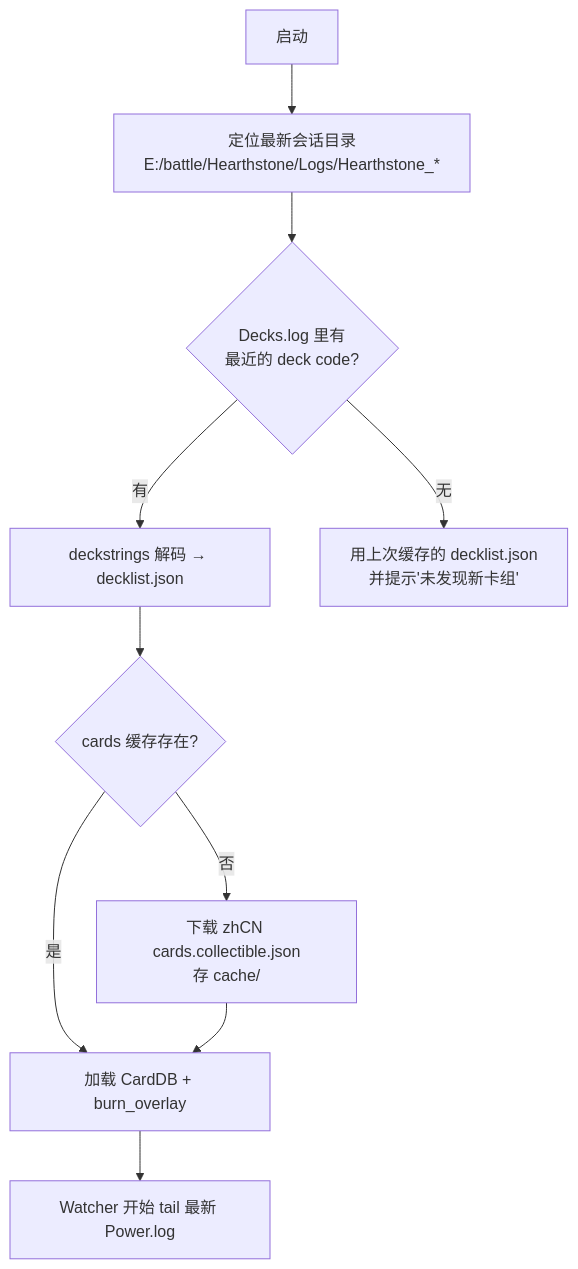
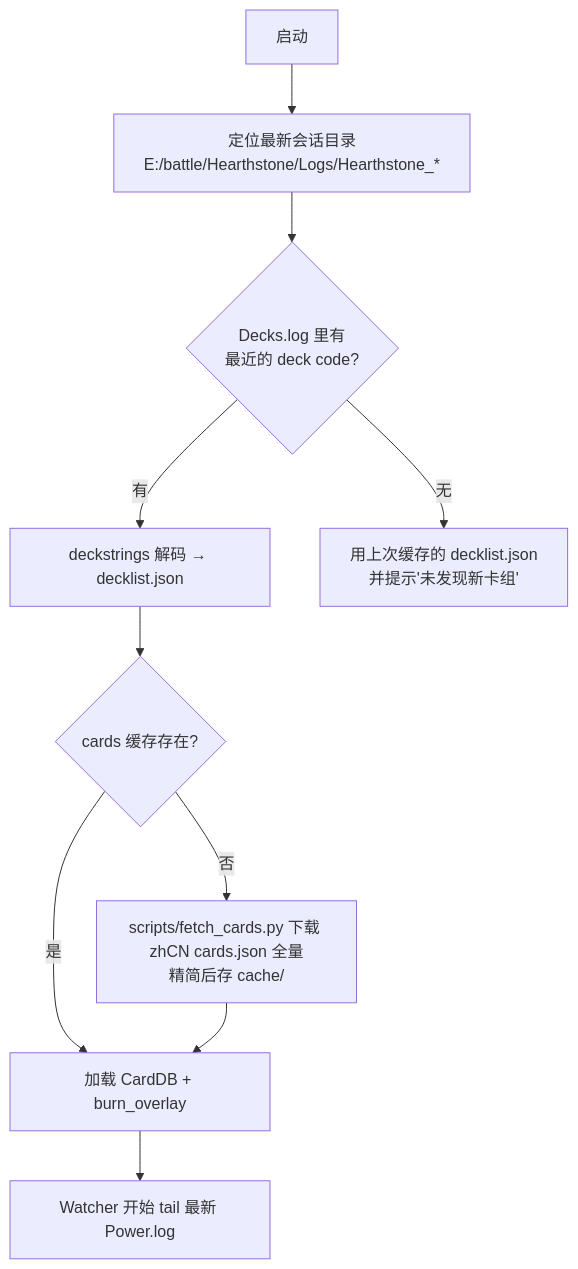
Before and after one commit to AssassinQuin/hs_game_bot: the second of 4 diagrams in docs/DESIGN.md, drawn with Mermaid. The commit also changed other lines of this file and 35 other files, not shown here.

````diff
--- a/docs/DESIGN.md
+++ b/docs/DESIGN.md
@@ -211,12 +211,12 @@
 ```mermaid
 flowchart TD
     S0[启动] --> S1[定位最新会话目录<br/>E:/battle/Hearthstone/Logs/Hearthstone_*]
     S1 --> S2{Decks.log 里有<br/>最近的 deck code?}
     S2 -- 有 --> S3[deckstrings 解码 → decklist.json]
     S2 -- 无 --> S4[用上次缓存的 decklist.json<br/>并提示'未发现新卡组']
     S3 --> S5{cards 缓存存在?}
-    S5 -- 否 --> S6[下载 zhCN cards.collectible.json<br/>存 cache/]
+    S5 -- 否 --> S6[scripts/fetch_cards.py 下载 zhCN cards.json 全量<br/>精简后存 cache/]
     S5 -- 是 --> S7[加载 CardDB + burn_overlay]
     S6 --> S7
     S7 --> S8[Watcher 开始 tail 最新 Power.log]
 ```
````
